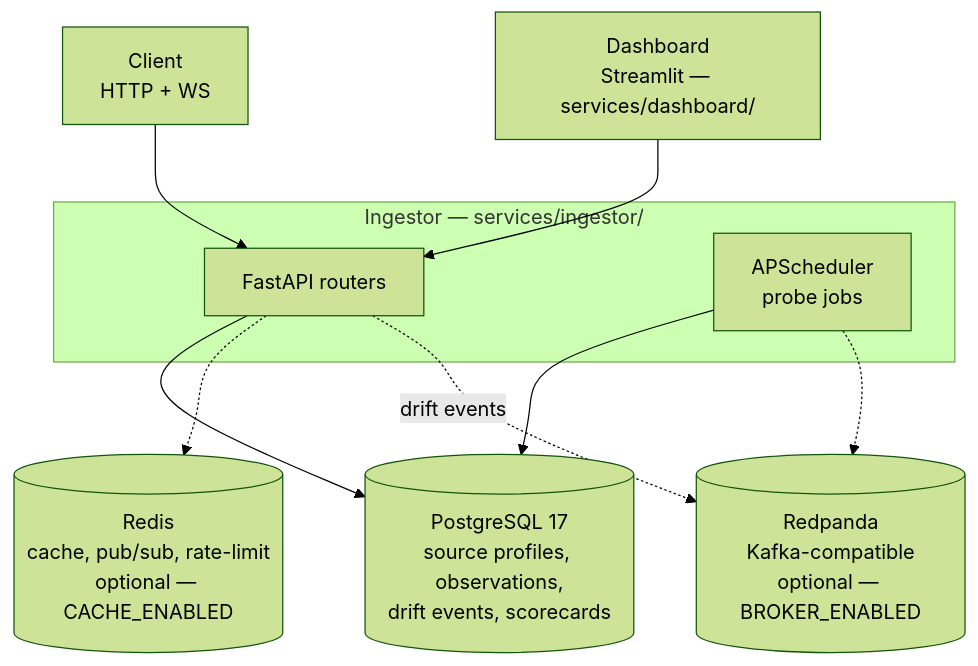
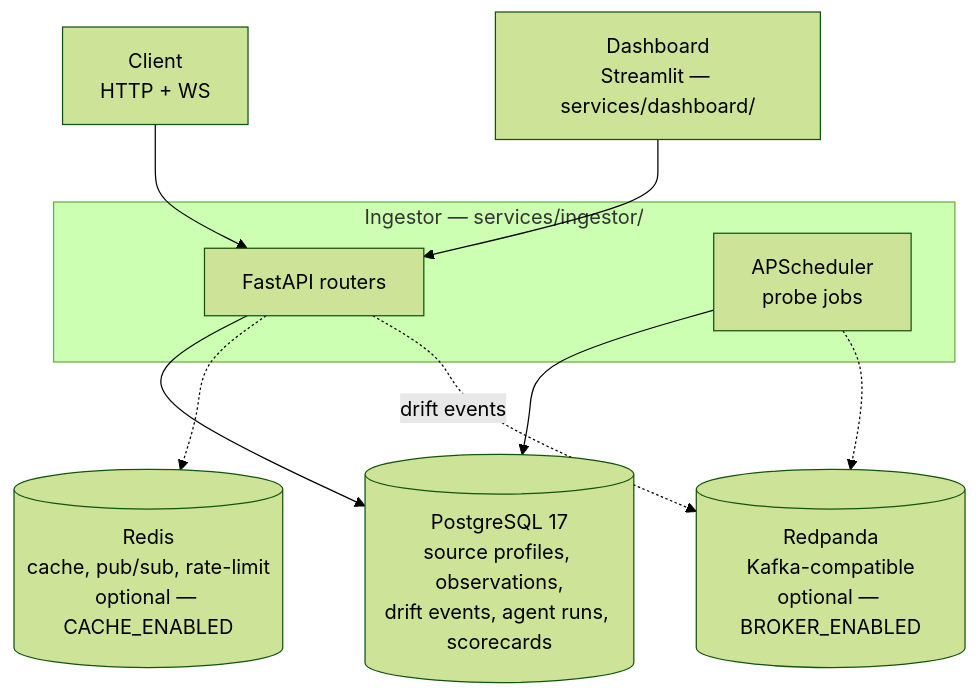
Before and after one commit to ivanprytula/api-observatory: the second of 2 diagrams in docs/02-architecture/application-architecture.md, drawn with Mermaid (forest theme). The commit also changed 11 other files, not shown here.

````diff
--- a/docs/02-architecture/application-architecture.md
+++ b/docs/02-architecture/application-architecture.md
@@ -28,22 +28,22 @@
 ```mermaid
 flowchart TB
     Client["Client\nHTTP + WS"]
     Dashboard["Dashboard\nStreamlit — services/dashboard/"]
 
     subgraph App["Ingestor — services/ingestor/"]
       API["FastAPI routers"]
       Scheduler["APScheduler\nprobe jobs"]
     end
 
-    Postgres[("PostgreSQL 17\nsource profiles, observations,\ndrift events, scorecards")]
+    Postgres[("PostgreSQL 17\nsource profiles, observations,\ndrift events, agent runs, scorecards")]
     Cache[("Redis\ncache, pub/sub, rate-limit\noptional — CACHE_ENABLED")]
     Broker[("Redpanda\nKafka-compatible\noptional — BROKER_ENABLED")]
 
     Client --> API
     Dashboard --> API
     API --> Postgres
     API -.-> Cache
     Scheduler --> Postgres
     Scheduler -.-> Broker
     API -.->|drift events| Broker
 ```
````
